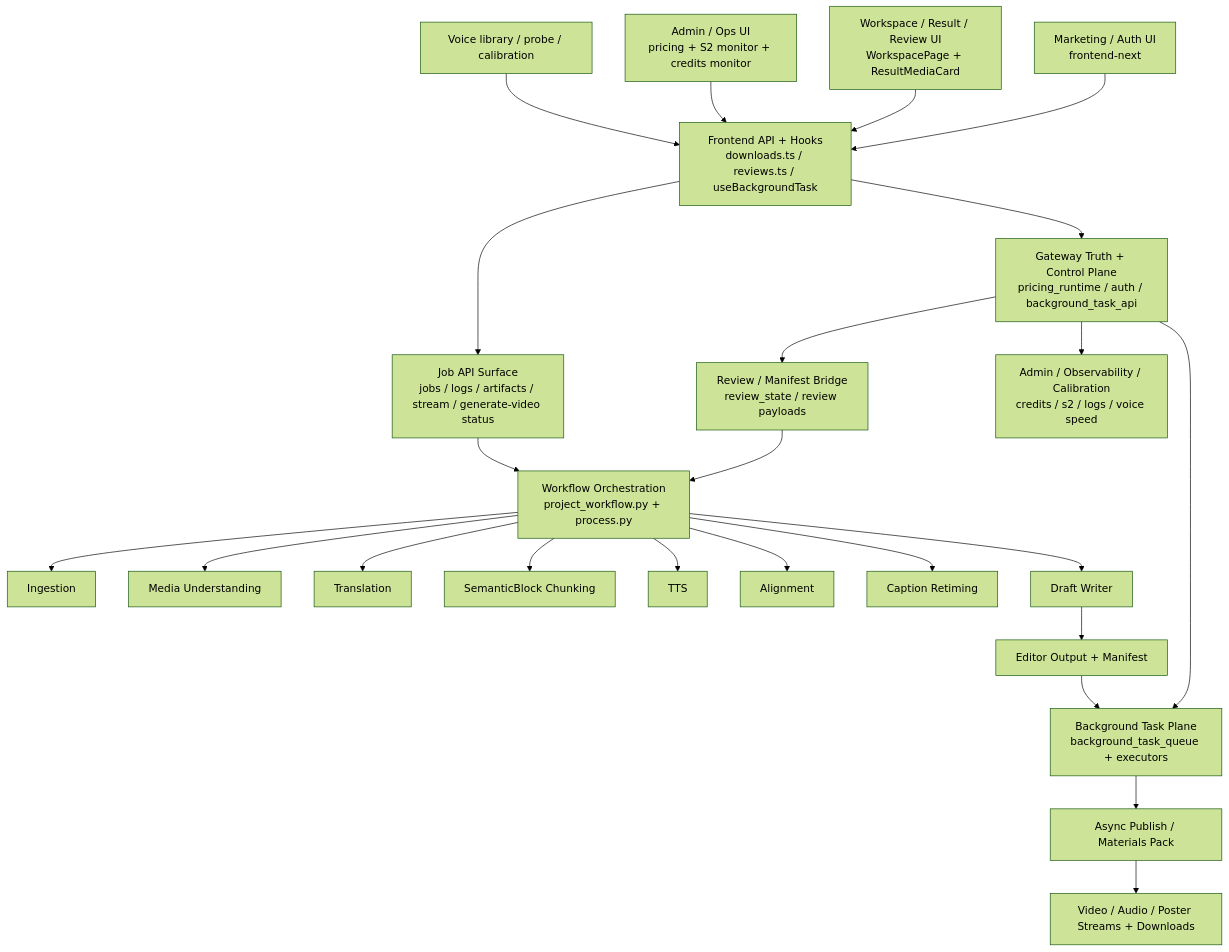
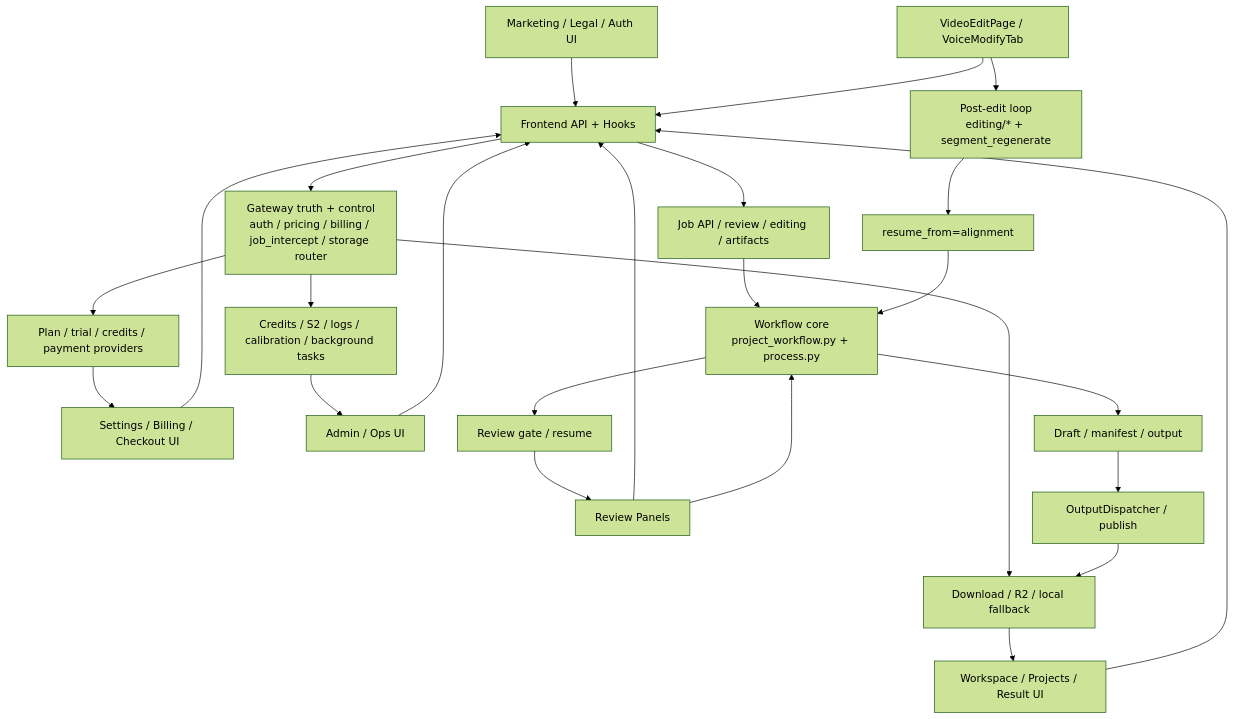
The diagram in docs/graphs/GITNEXUS_PROJECT_GRAPH.md (sun9bear/AITransVideo), drawn with Mermaid (forest theme) before and after one commit. The commit also changed other lines of this file and 208 other files, not shown here.

````diff
--- a/docs/graphs/GITNEXUS_PROJECT_GRAPH.md
+++ b/docs/graphs/GITNEXUS_PROJECT_GRAPH.md
@@ -63,31 +66,33 @@
 ```mermaid
 graph TD
-    Marketing["Marketing / Auth UI<br/>frontend-next"] --> FrontApi
-    Workspace["Workspace / Result / Review UI<br/>WorkspacePage + ResultMediaCard"] --> FrontApi
-    Admin["Admin / Ops UI<br/>pricing + S2 monitor + credits monitor"] --> FrontApi
-    Voice["Voice library / probe / calibration"] --> FrontApi
+    Marketing["Marketing / Legal / Auth UI"] --> FrontApi
+    BillingUI["Settings / Billing / Checkout UI"] --> FrontApi
+    Workspace["Workspace / Projects / Result UI"] --> FrontApi
+    ReviewUI["Review Panels"] --> FrontApi
+    EditUI["VideoEditPage / VoiceModifyTab"] --> FrontApi
+    AdminUI["Admin / Ops UI"] --> FrontApi
 
-    FrontApi["Frontend API + Hooks<br/>downloads.ts / reviews.ts / useBackgroundTask"] --> Gateway
+    FrontApi["Frontend API + Hooks"] --> Gateway
     FrontApi --> JobApi
 
-    Gateway["Gateway Truth + Control Plane<br/>pricing_runtime / auth / background_task_api"] --> ReviewBridge
-    Gateway --> TaskPlane["Background Task Plane<br/>background_task_queue + executors"]
-    Gateway --> AdminPlane["Admin / Observability / Calibration<br/>credits / s2 / logs / voice speed"]
+    Gateway["Gateway truth + control<br/>auth / pricing / billing / job_intercept / storage router"] --> Billing
+    Gateway --> Ops
+    Gateway --> Storage
 
-    ReviewBridge["Review / Manifest Bridge<br/>review_state / review payloads"] --> Workflow
-    JobApi["Job API Surface<br/>jobs / logs / artifacts / stream / generate-video status"] --> Workflow
+    JobApi["Job API / review / editing / artifacts"] --> Workflow
+    Workflow["Workflow core<br/>project_workflow.py + process.py"] --> Draft
+    Workflow --> ReviewState["Review gate / resume"]
+    ReviewState --> ReviewUI
+    ReviewUI --> Workflow
 
-    Workflow["Workflow Orchestration<br/>project_workflow.py + process.py"] --> Ingestion
-    Workflow --> Media["Media Understanding"]
-    Workflow --> Translation
-    Workflow --> Chunking["SemanticBlock Chunking"]
-    Workflow --> TTS
-    Workflow --> Alignment
-    Workflow --> Retiming["Caption Retiming"]
-    Workflow --> Draft["Draft Writer"]
+    Draft["Draft / manifest / output"] --> Publish["OutputDispatcher / publish"]
+    Publish --> Storage["Download / R2 / local fallback"]
+    Storage --> Workspace
 
-    Draft --> Output["Editor Output + Manifest"]
-    Output --> TaskPlane
-    TaskPlane --> Publish["Async Publish / Materials Pack"]
-    Publish --> Streams["Video / Audio / Poster Streams + Downloads"]
+    EditUI --> PostEdit["Post-edit loop<br/>editing/* + segment_regenerate"]
+    PostEdit --> Resume["resume_from=alignment"]
+    Resume --> Workflow
+
+    Billing["Plan / trial / credits / payment providers"] --> BillingUI
+    Ops["Credits / S2 / logs / calibration / background tasks"] --> AdminUI
 ```
````
